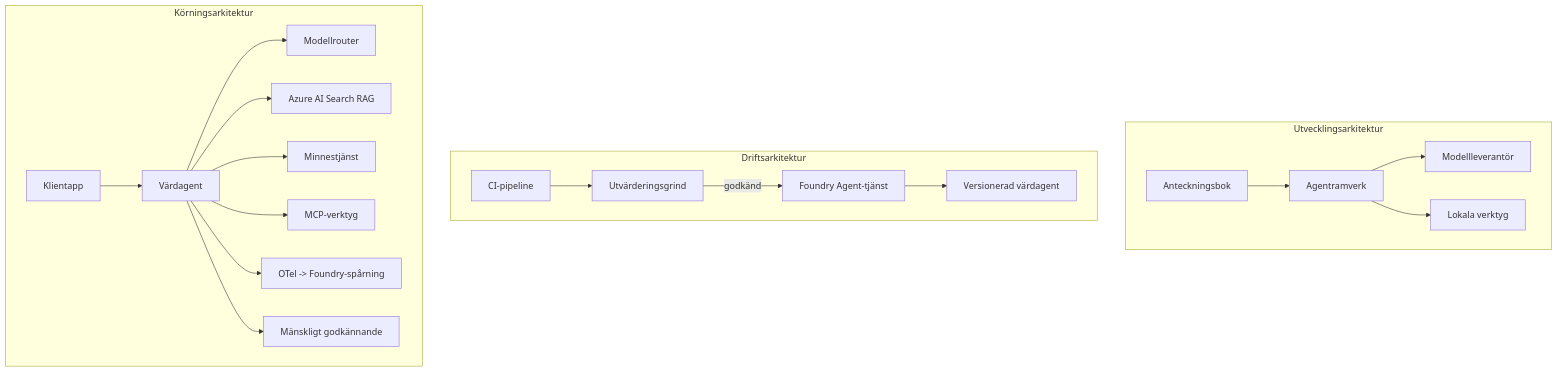
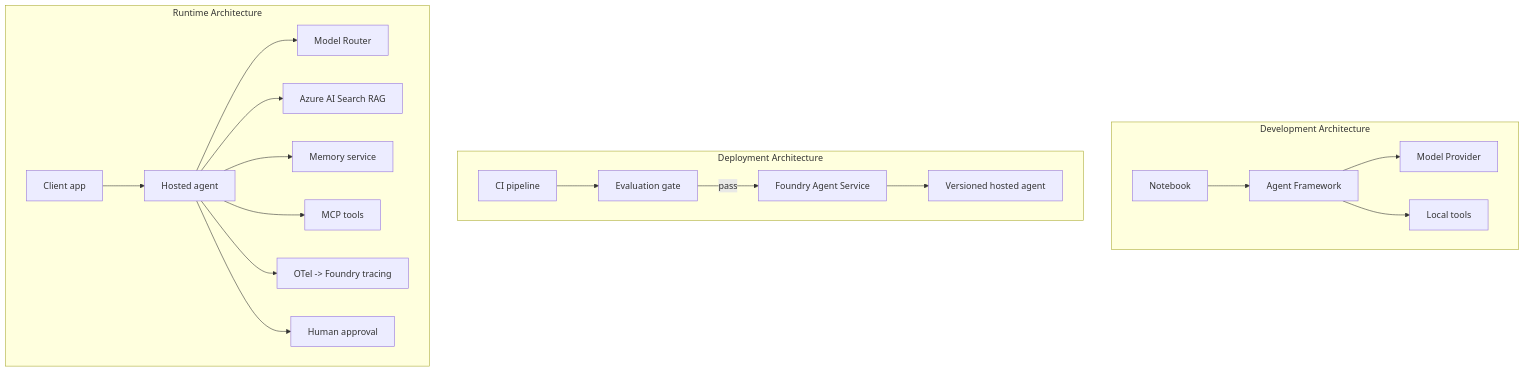
The fourth of 4 diagrams in mirrors/repos/microsoft@ai-agents-for-beginners/translations/sv/16-deploying-scalable-agents/README.md (gabrielmoreira/agent-skills-mirror), drawn with Mermaid before and after one commit. The commit also changed other lines of this file and 5918 other files, not shown here.

````diff
--- a/mirrors/repos/microsoft@ai-agents-for-beginners/translations/sv/16-deploying-scalable-agents/README.md
+++ b/mirrors/repos/microsoft@ai-agents-for-beginners/translations/sv/16-deploying-scalable-agents/README.md
@@ -185,22 +185,22 @@
 ```mermaid
 flowchart TB
-    subgraph Dev[Utvecklingsarkitektur]
-        D1[Anteckningsbok] --> D2[Agentramverk]
-        D2 --> D3[Modellleverantör]
-        D2 --> D4[Lokala verktyg]
+    subgraph Dev[Development Architecture]
+        D1[Notebook] --> D2[Agent Framework]
+        D2 --> D3[Model Provider]
+        D2 --> D4[Local tools]
     end
-    subgraph Deploy[Driftsarkitektur]
-        E1[CI-pipeline] --> E2[Utvärderingsgrind]
-        E2 -->|godkänd| E3[Foundry Agent-tjänst]
-        E3 --> E4[Versionerad värdagent]
+    subgraph Deploy[Deployment Architecture]
+        E1[CI pipeline] --> E2[Evaluation gate]
+        E2 -->|pass| E3[Foundry Agent Service]
+        E3 --> E4[Versioned hosted agent]
     end
-    subgraph Run[Körningsarkitektur]
-        F1[Klientapp] --> F2[Värdagent]
-        F2 --> F3[Modellrouter]
+    subgraph Run[Runtime Architecture]
+        F1[Client app] --> F2[Hosted agent]
+        F2 --> F3[Model Router]
         F2 --> F4[Azure AI Search RAG]
-        F2 --> F5[Minnestjänst]
-        F2 --> F6[MCP-verktyg]
-        F2 --> F7[OTel -> Foundry-spårning]
-        F2 --> F8[Mänskligt godkännande]
+        F2 --> F5[Memory service]
+        F2 --> F6[MCP tools]
+        F2 --> F7[OTel -> Foundry tracing]
+        F2 --> F8[Human approval]
     end
 ```
````
